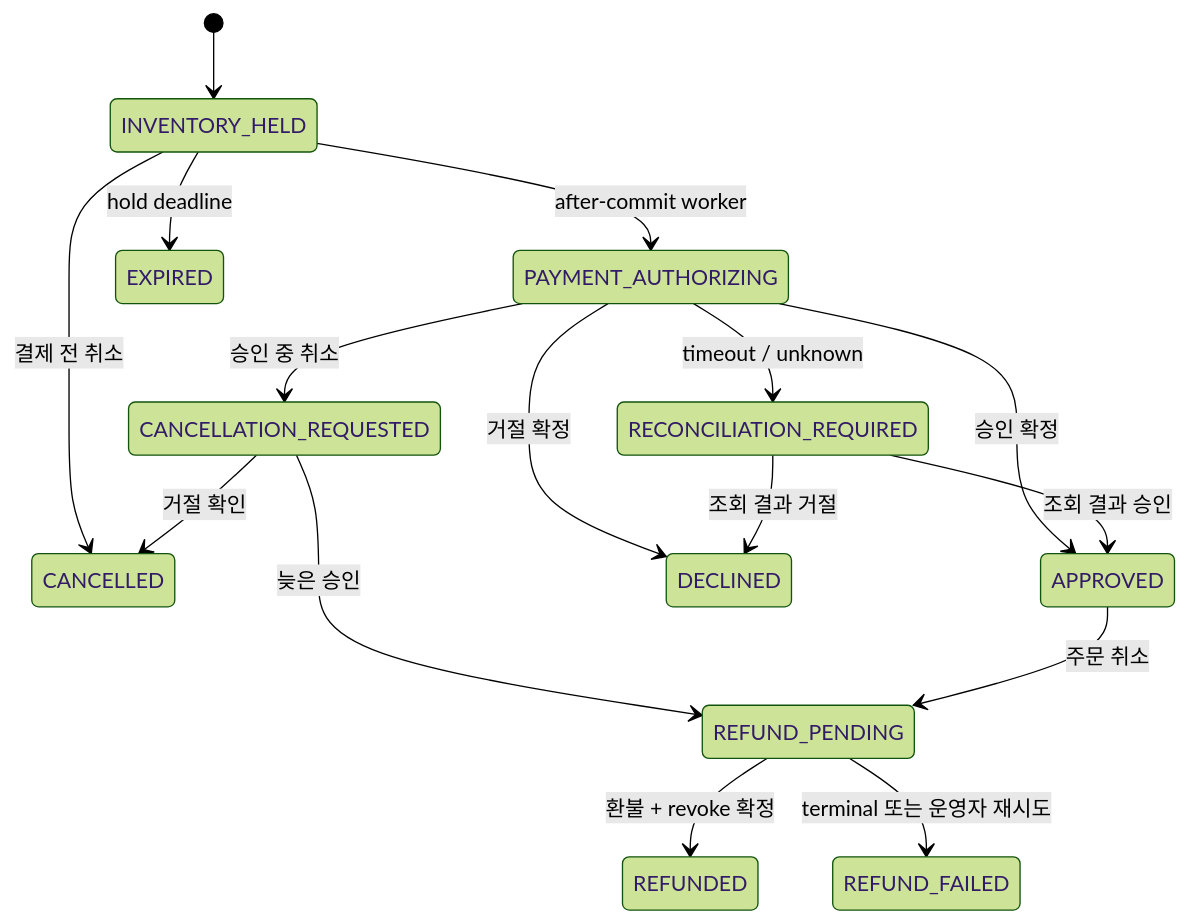
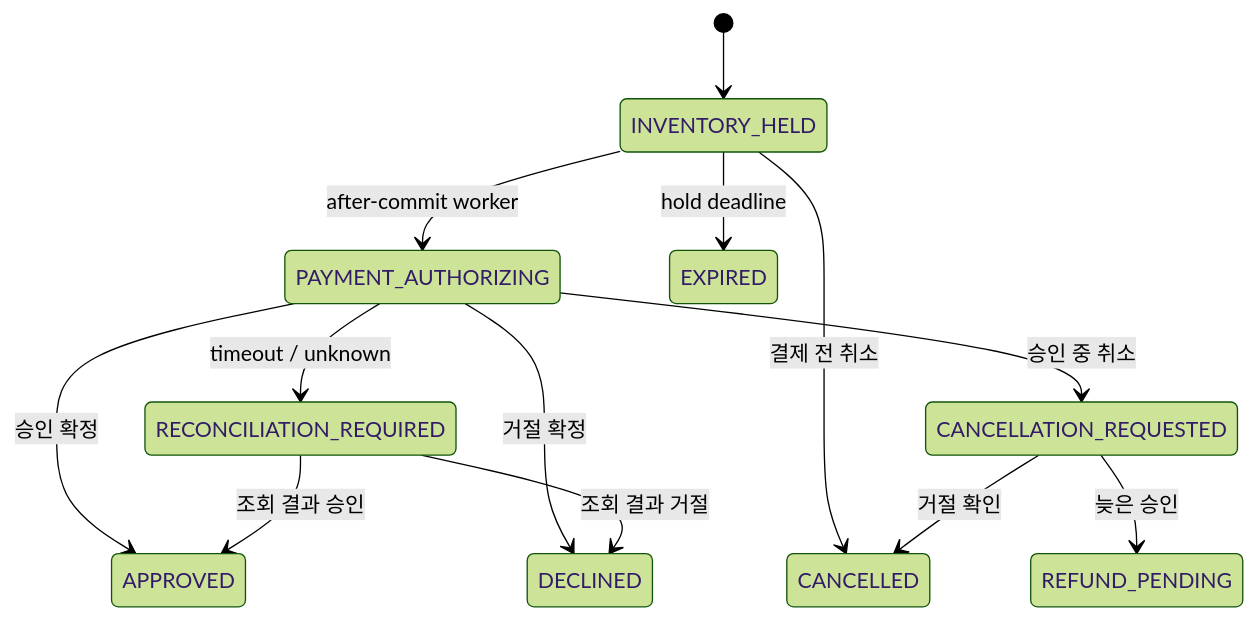
One commit to bluetape4k/bluetape4k-workshop changed the second of 4 diagrams in docs/superpowers/specs/2026-07-21-concert-ticket-flash-sale-design.md. Above: the diagram before and after it, drawn with Mermaid (forest theme). The commit also changed other lines of this file, not shown here.

````diff
--- a/docs/superpowers/specs/2026-07-21-concert-ticket-flash-sale-design.md
+++ b/docs/superpowers/specs/2026-07-21-concert-ticket-flash-sale-design.md
@@ -224,18 +278,15 @@
 ```mermaid
 stateDiagram-v2
     [*] --> INVENTORY_HELD
     INVENTORY_HELD --> PAYMENT_AUTHORIZING: after-commit worker
     INVENTORY_HELD --> CANCELLED: 결제 전 취소
     INVENTORY_HELD --> EXPIRED: hold deadline
     PAYMENT_AUTHORIZING --> APPROVED: 승인 확정
     PAYMENT_AUTHORIZING --> DECLINED: 거절 확정
     PAYMENT_AUTHORIZING --> RECONCILIATION_REQUIRED: timeout / unknown
     PAYMENT_AUTHORIZING --> CANCELLATION_REQUESTED: 승인 중 취소
     RECONCILIATION_REQUIRED --> APPROVED: 조회 결과 승인
     RECONCILIATION_REQUIRED --> DECLINED: 조회 결과 거절
     CANCELLATION_REQUESTED --> CANCELLED: 거절 확인
     CANCELLATION_REQUESTED --> REFUND_PENDING: 늦은 승인
-    APPROVED --> REFUND_PENDING: 주문 취소
-    REFUND_PENDING --> REFUNDED: 환불 + revoke 확정
-    REFUND_PENDING --> REFUND_FAILED: terminal 또는 운영자 재시도
 ```
````
